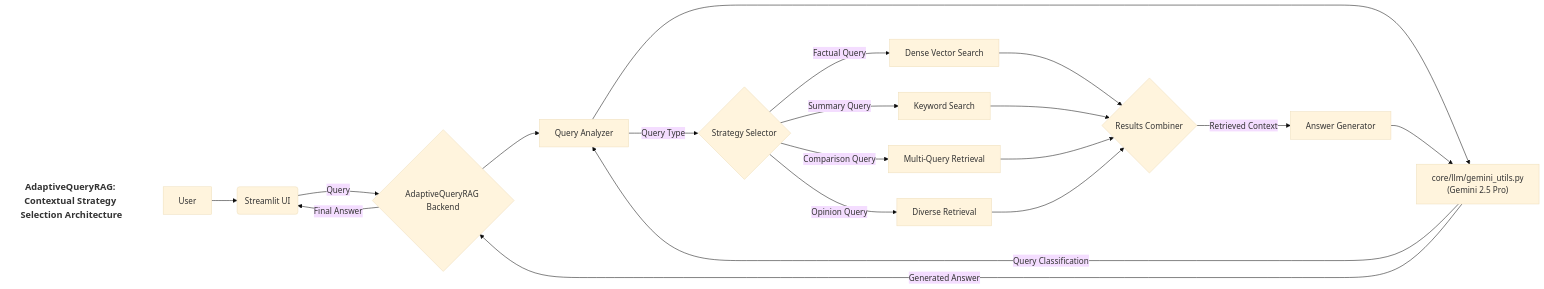
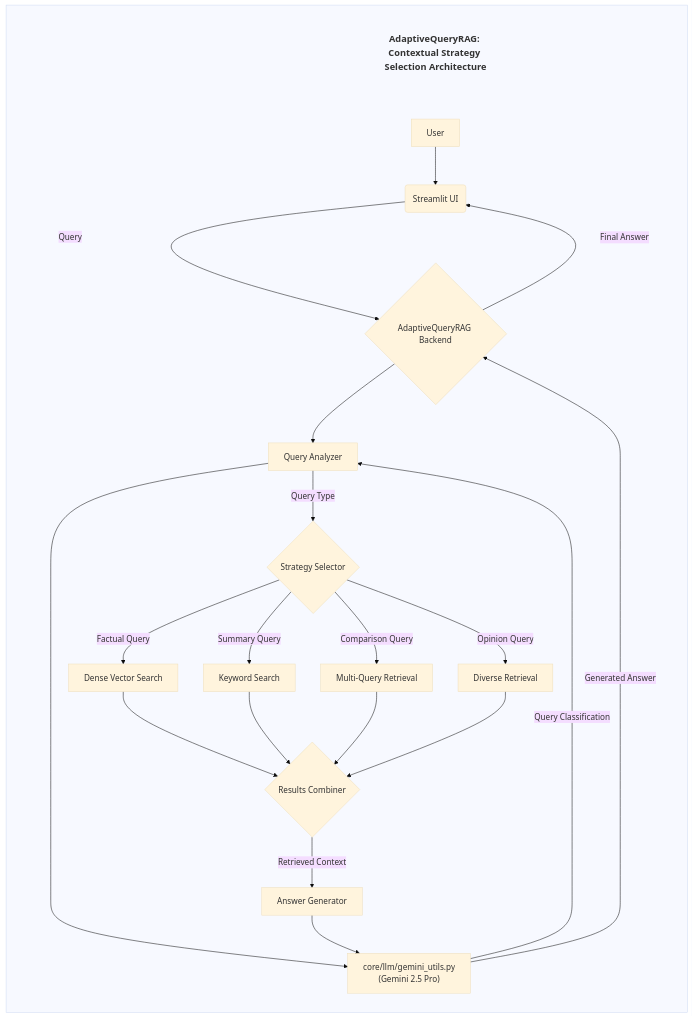
One commit to Mathews-Tom/IntelliForge-Applied-GenAI-Playbook changed the sixth of 11 diagrams in docs/architecture.md. Above: the diagram before and after it, drawn with Mermaid. The commit also changed other lines of this file and 8 other files, not shown here.

Commit message:
Major cosmetic updates especially for Mermaid Diagrams

````diff
--- a/docs/architecture.md
+++ b/docs/architecture.md
@@ -336,37 +391,39 @@
     ```mermaid
     %%{init: {'theme': 'base', 'themeVariables': { 'titleColor': '#333', 'titleFontSize': '20px'}}}%%
     graph LR
+    subgraph " "
         %% Title at the top
         classDef titleClass fill:none,stroke:none,color:#333,font-size:18px,font-weight:bold;
         title["AdaptiveQueryRAG: Contextual Strategy Selection Architecture"]:::titleClass;
 
         A[User] --> B(Streamlit UI);
         B -- Query --> C{AdaptiveQueryRAG Backend};
 
         %% Query Analysis
         C --> D[Query Analyzer];
         D --> E["core/llm/gemini_utils.py <br> (Gemini 2.5 Pro)"];
         E -- Query Classification --> D;
 
         %% Strategy Selection
         D -- Query Type --> F{Strategy Selector};
         F -- Factual Query --> G[Dense Vector Search];
         F -- Summary Query --> H[Keyword Search];
         F -- Comparison Query --> I[Multi-Query Retrieval];
         F -- Opinion Query --> J[Diverse Retrieval];
 
         %% Results Combination
         G --> K{Results Combiner};
         H --> K;
         I --> K;
         J --> K;
 
         %% Answer Generation
         K -- Retrieved Context --> L[Answer Generator];
         L --> E;
         E -- Generated Answer --> C;
         C -- Final Answer --> B;
 
         %% Position title at the top
         title ~~~ A;
+    end
     ```
````
